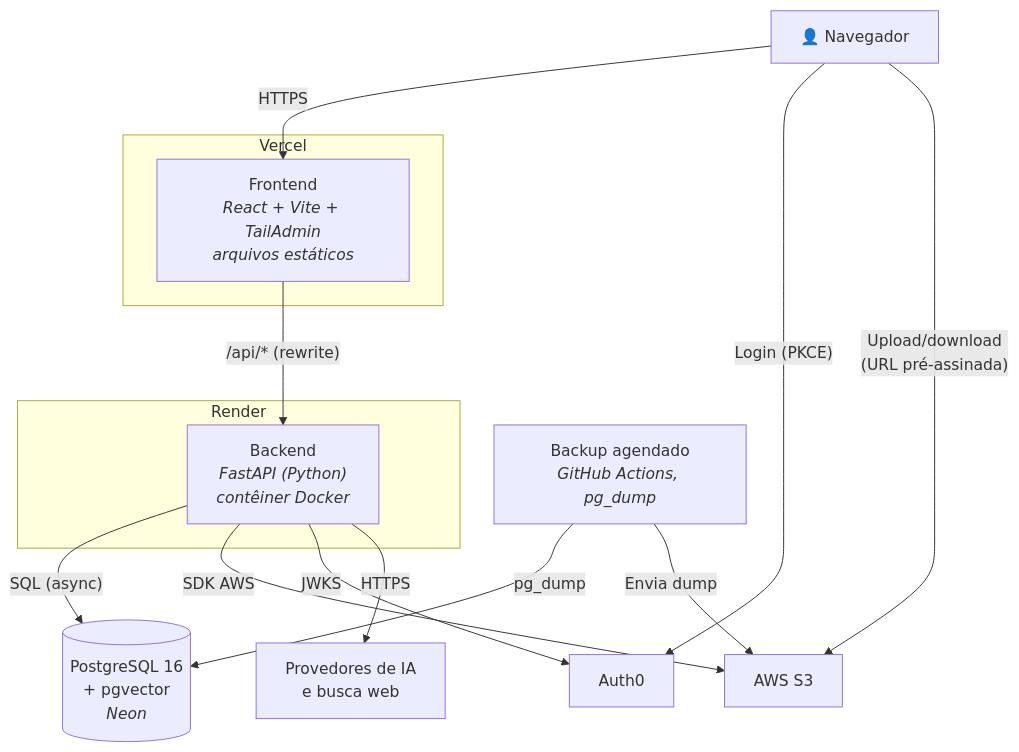
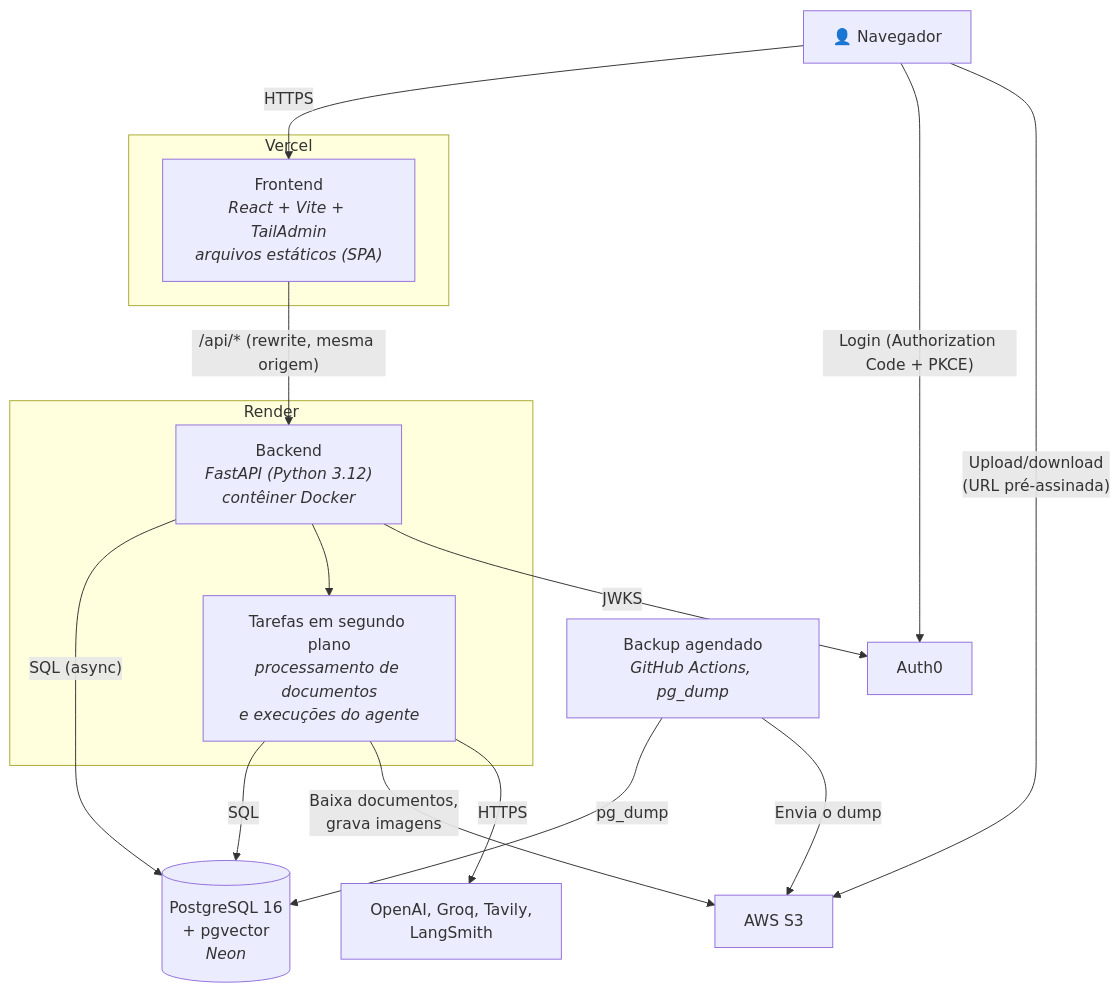
The second of 3 diagrams in _docs/arquitetura.md (JonasRocha189/postpilot-ai), drawn with Mermaid before and after one commit. The commit also changed other lines of this file and 20 other files, not shown here.

````diff
--- a/_docs/arquitetura.md
+++ b/_docs/arquitetura.md
@@ -36,28 +38,31 @@
 ```mermaid
 flowchart TB
     browser["👤 Navegador"]
 
     subgraph vercel["Vercel"]
-        front["Frontend<br/><i>React + Vite + TailAdmin<br/>arquivos estáticos</i>"]
+        front["Frontend<br/><i>React + Vite + TailAdmin<br/>arquivos estáticos (SPA)</i>"]
     end
     subgraph render["Render"]
-        back["Backend<br/><i>FastAPI (Python)<br/>contêiner Docker</i>"]
+        back["Backend<br/><i>FastAPI (Python 3.12)<br/>contêiner Docker</i>"]
+        bg["Tarefas em segundo plano<br/><i>processamento de documentos<br/>e execuções do agente</i>"]
     end
     db[("PostgreSQL 16<br/>+ pgvector<br/><i>Neon</i>")]
     backup["Backup agendado<br/><i>GitHub Actions, pg_dump</i>"]
 
     s3["AWS S3"]
     auth0["Auth0"]
-    ia["Provedores de IA<br/>e busca web"]
+    ia["OpenAI, Groq, Tavily,<br/>LangSmith"]
 
     browser -- "HTTPS" --> front
-    front -- "/api/* (rewrite)" --> back
-    browser -- "Login (PKCE)" --> auth0
+    front -- "/api/* (rewrite, mesma origem)" --> back
+    browser -- "Login (Authorization Code + PKCE)" --> auth0
     browser -- "Upload/download<br/>(URL pré-assinada)" --> s3
     back -- "SQL (async)" --> db
-    back -- "SDK AWS" --> s3
+    back --> bg
+    bg -- "SQL" --> db
+    bg -- "Baixa documentos,<br/>grava imagens" --> s3
+    bg -- "HTTPS" --> ia
     back -- "JWKS" --> auth0
-    back -- "HTTPS" --> ia
     backup -- "pg_dump" --> db
-    backup -- "Envia dump" --> s3
+    backup -- "Envia o dump" --> s3
 ```
````
